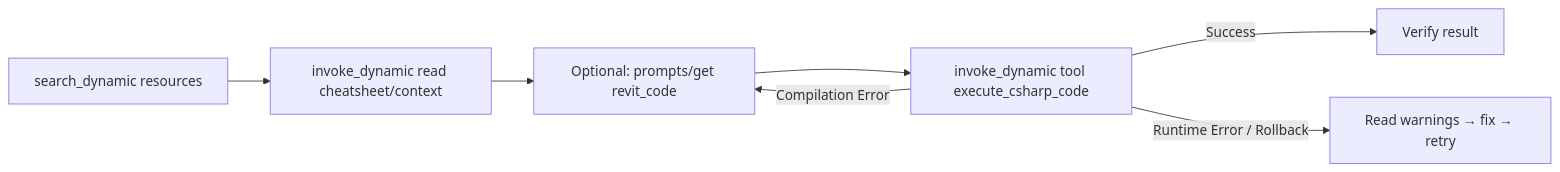
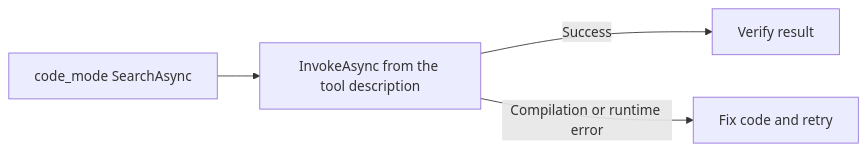
Before and after one commit to trgiangv/RevitDevTool: the first of 4 diagrams in docs/architecture/MCP/workflows.md, drawn with Mermaid. The commit also changed other lines of this file and 9 other files, not shown here.

````diff
--- a/docs/architecture/MCP/workflows.md
+++ b/docs/architecture/MCP/workflows.md
@@ -9,9 +9,6 @@
 ```mermaid
 flowchart LR
-    A[search_dynamic resources] --> B[invoke_dynamic read cheatsheet/context]
-    B --> C[Optional: prompts/get revit_code]
-    C --> D[invoke_dynamic tool execute_csharp_code]
-    D -->|Success| E[Verify result]
-    D -->|Compilation Error| C
-    D -->|Runtime Error / Rollback| F[Read warnings → fix → retry]
+    A[code_mode SearchAsync] --> B[InvokeAsync from the tool description]
+    B -->|Success| E[Verify result]
+    B -->|Compilation or runtime error| F[Fix code and retry]
 ```
````
